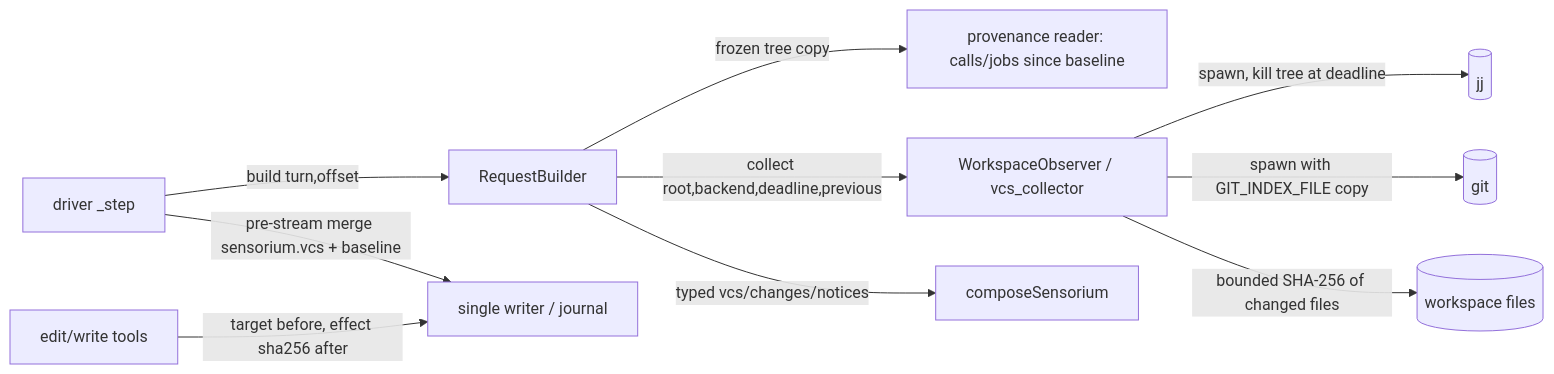
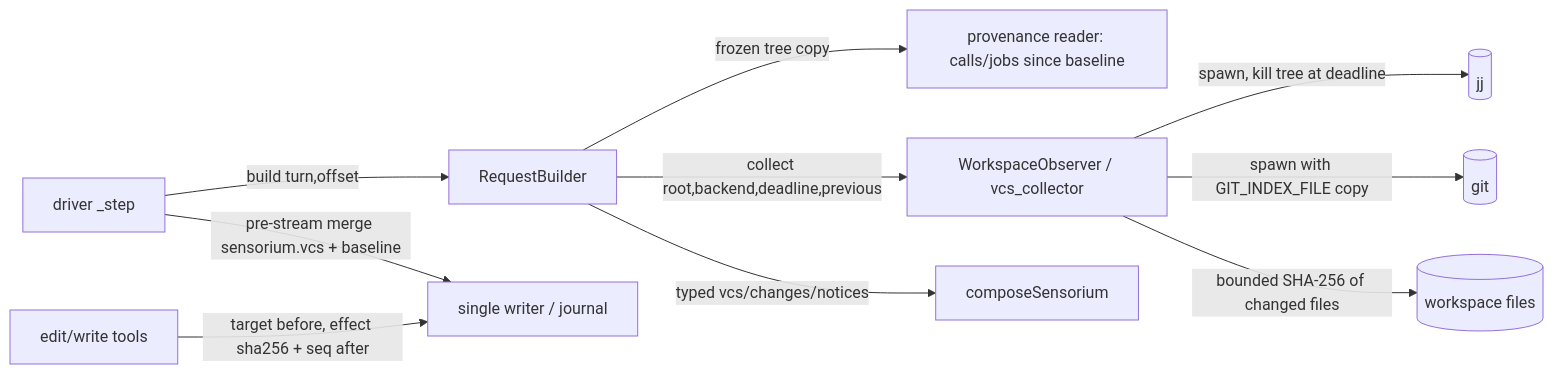
The first of 4 diagrams in openspec/changes/vcs-changes-and-notices/design.md (sh1ny/kehai), drawn with Mermaid before and after one commit. The commit also changed other lines of this file and 5 other files, not shown here.

````diff
--- a/openspec/changes/vcs-changes-and-notices/design.md
+++ b/openspec/changes/vcs-changes-and-notices/design.md
@@ -92,12 +97,12 @@
 ```mermaid
 flowchart LR
   D[driver _step] -->|build turn,offset| RB[RequestBuilder]
   RB -->|frozen tree copy| PV[provenance reader: calls/jobs since baseline]
   RB -->|collect root,backend,deadline,previous| OB[WorkspaceObserver / vcs_collector]
   OB -->|spawn, kill tree at deadline| JJ[(jj)]
   OB -->|spawn with GIT_INDEX_FILE copy| GIT[(git)]
   OB -->|bounded SHA-256 of changed files| FS[(workspace files)]
   RB -->|typed vcs/changes/notices| C[composeSensorium]
   D -->|pre-stream merge sensorium.vcs + baseline| W[single writer / journal]
-  ED[edit/write tools] -->|target before, effect sha256 after| W
+  ED[edit/write tools] -->|target before, effect sha256 + seq after| W
 ```
````
